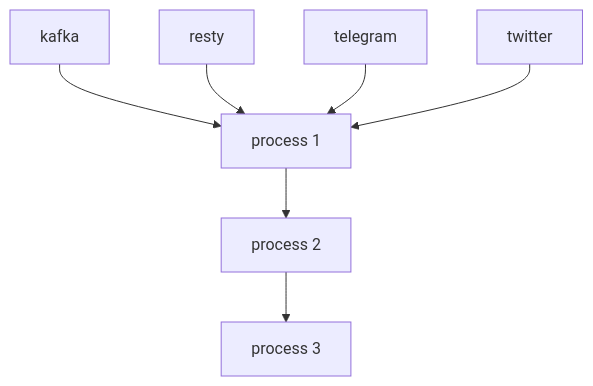
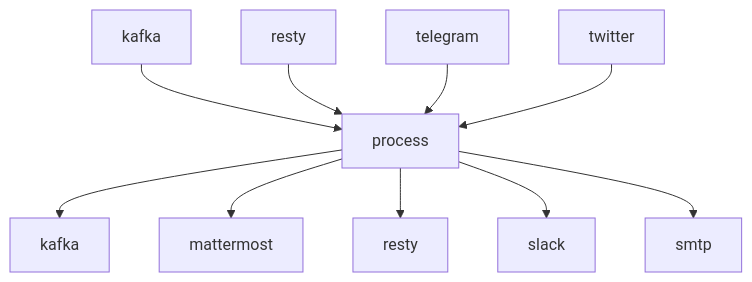
The diagram in README.md (livelace/gosquito), drawn with Mermaid before and after one commit.

Commit message:
mermaid experiment

````diff
--- a/README.md
+++ b/README.md
@@ -9,9 +9,12 @@
 ```mermaid
 graph TD;
-    A[kafka]-->P1[process 1];
-    B[resty]-->P1[process 1];
-    C[telegram]-->P1[process 1];
-    D[twitter]-->P1[process 1];
-    P1-->P2[process 2];
-    P2-->P3[process 3];
+    I1[kafka]-->P1[process];
+    I2[resty]-->P1[process];
+    I3[telegram]-->P1[process];
+    I4[twitter]-->P1[process];
+    P1-->O1[kafka];
+    P1-->O2[mattermost];
+    P1-->O3[resty];
+    P1-->O4[slack];
+    P1-->O5[smtp];
 ```
````
